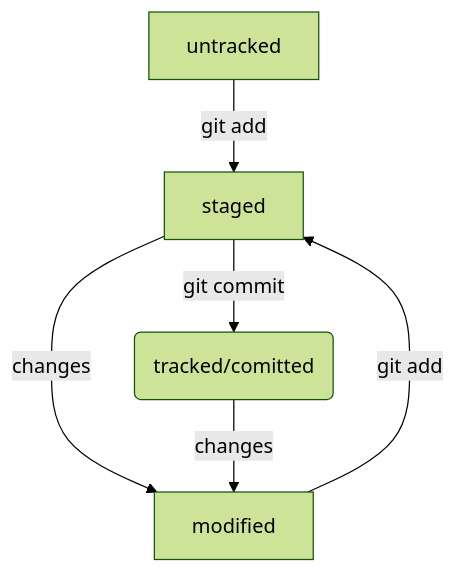
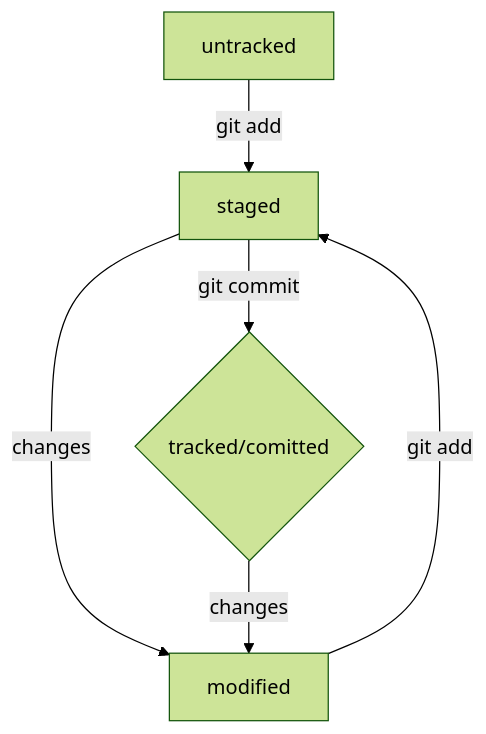
One commit to DAlkhatov/Files_of_DepartmentRZA changed the diagram in README.md. Above: the diagram before and after it, drawn with Mermaid (forest theme).

Commit message:
Again change mermaid in file README

````diff
--- a/README.md
+++ b/README.md
@@ -122,8 +122,8 @@
 ```mermaid
 flowchart TD;
   A[untracked] -- "git add" --> B[staged];
   B -- changes --> C[modified];
-  B -- "git commit" --> D(tracked/comitted);
+  B -- "git commit" --> D{tracked/comitted};
   C -- "git add" --> B;
   D -- changes --> C;
 ```
````
